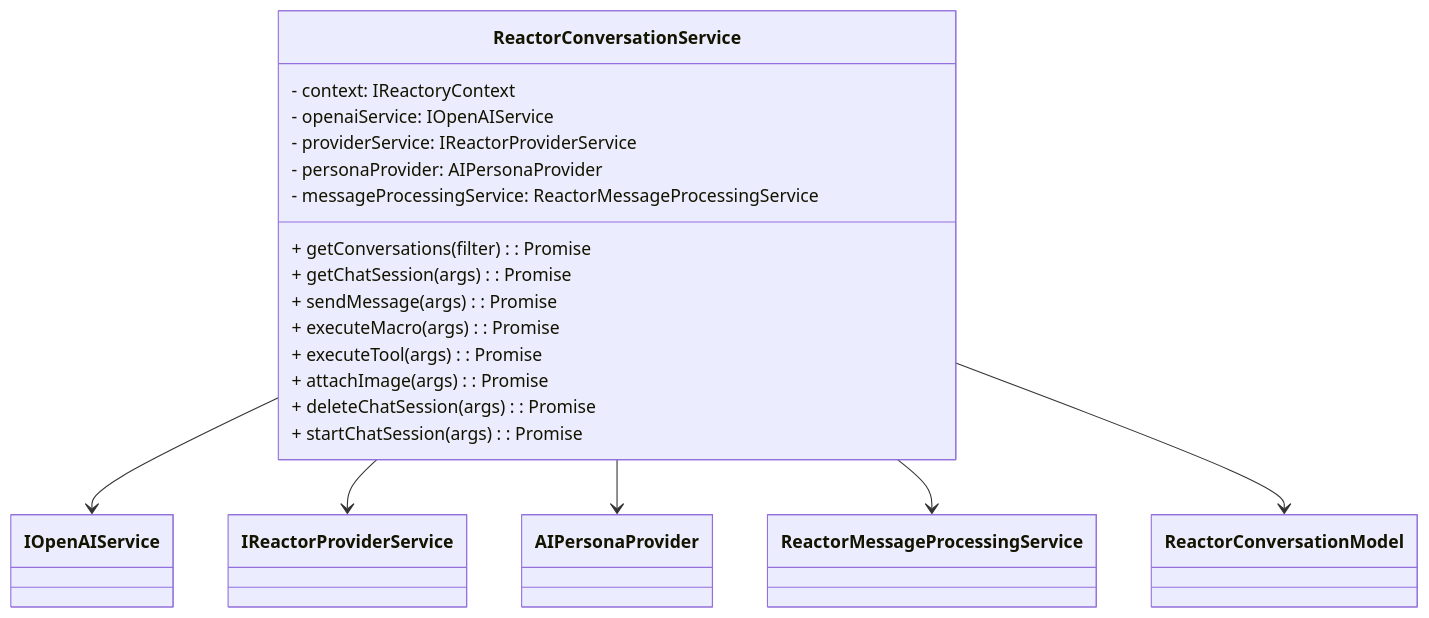
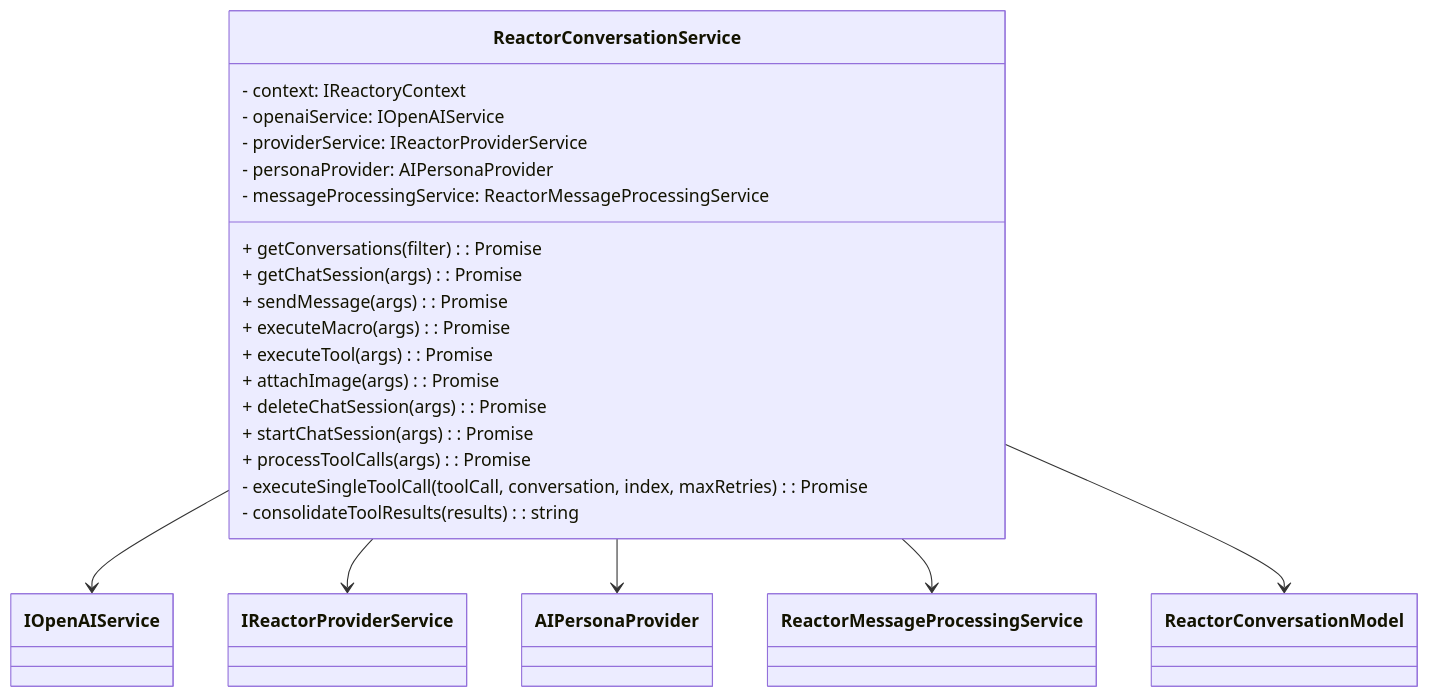
The first of 2 diagrams in services/reactor/ReactorConversationService.md (reactorynet/reactory-reactor), drawn with Mermaid before and after one commit. The commit also changed other lines of this file and 290 other files, not shown here.

````diff
--- a/services/reactor/ReactorConversationService.md
+++ b/services/reactor/ReactorConversationService.md
@@ -15,23 +16,26 @@
 ```mermaid
 classDiagram
     class ReactorConversationService {
         - context: IReactoryContext
         - openaiService: IOpenAIService
         - providerService: IReactorProviderService
         - personaProvider: AIPersonaProvider
         - messageProcessingService: ReactorMessageProcessingService
         + getConversations(filter): Promise
         + getChatSession(args): Promise
         + sendMessage(args): Promise
         + executeMacro(args): Promise
         + executeTool(args): Promise
         + attachImage(args): Promise
         + deleteChatSession(args): Promise
         + startChatSession(args): Promise
+        + processToolCalls(args): Promise
+        - executeSingleToolCall(toolCall, conversation, index, maxRetries): Promise
+        - consolidateToolResults(results): string
     }
     ReactorConversationService --> IOpenAIService
     ReactorConversationService --> IReactorProviderService
     ReactorConversationService --> AIPersonaProvider
     ReactorConversationService --> ReactorMessageProcessingService
     ReactorConversationService --> ReactorConversationModel
 ```
````
